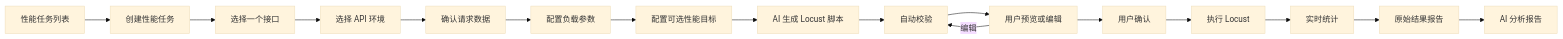
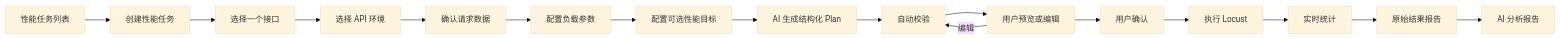
Before and after one commit to Elixir-Wang/aitest: the first of 4 diagrams in docs/superpowers/specs/2026-07-13-locust-performance-testing-module-design.md, drawn with Mermaid (base theme). The commit also changed other lines of this file and 59 other files, not shown here.

````diff
--- a/docs/superpowers/specs/2026-07-13-locust-performance-testing-module-design.md
+++ b/docs/superpowers/specs/2026-07-13-locust-performance-testing-module-design.md
@@ -140,34 +150,34 @@
 ```mermaid
 flowchart LR
     List[性能任务列表]
     Create[创建性能任务]
     Endpoint[选择一个接口]
     Environment[选择 API 环境]
     Request[确认请求数据]
     Load[配置负载参数]
     Goal[配置可选性能目标]
-    Generate[AI 生成 Locust 脚本]
+    Generate[AI 生成结构化 Plan]
     Validate[自动校验]
     Review[用户预览或编辑]
     Confirm[用户确认]
     Run[执行 Locust]
     Live[实时统计]
     Result[原始结果报告]
     AIReport[AI 分析报告]
 
     List --> Create
     Create --> Endpoint
     Endpoint --> Environment
     Environment --> Request
     Request --> Load
     Load --> Goal
     Goal --> Generate
     Generate --> Validate
     Validate --> Review
     Review -->|编辑| Validate
     Review --> Confirm
     Confirm --> Run
     Run --> Live
     Live --> Result
     Result --> AIReport
 ```
````
